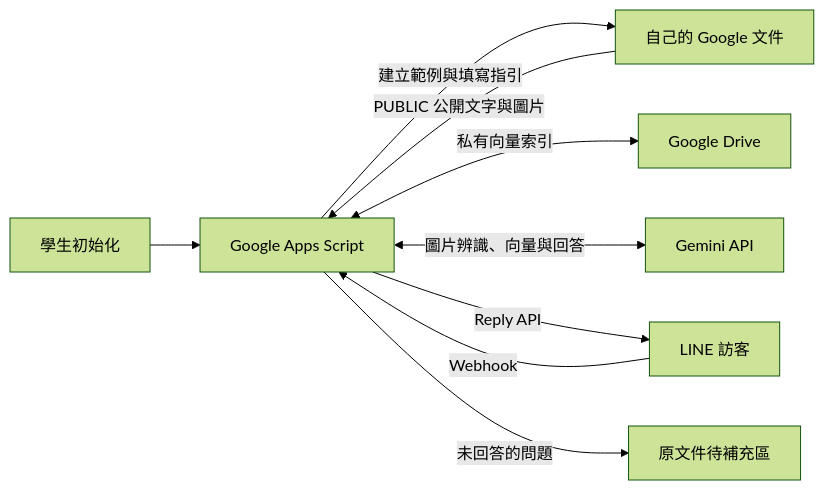
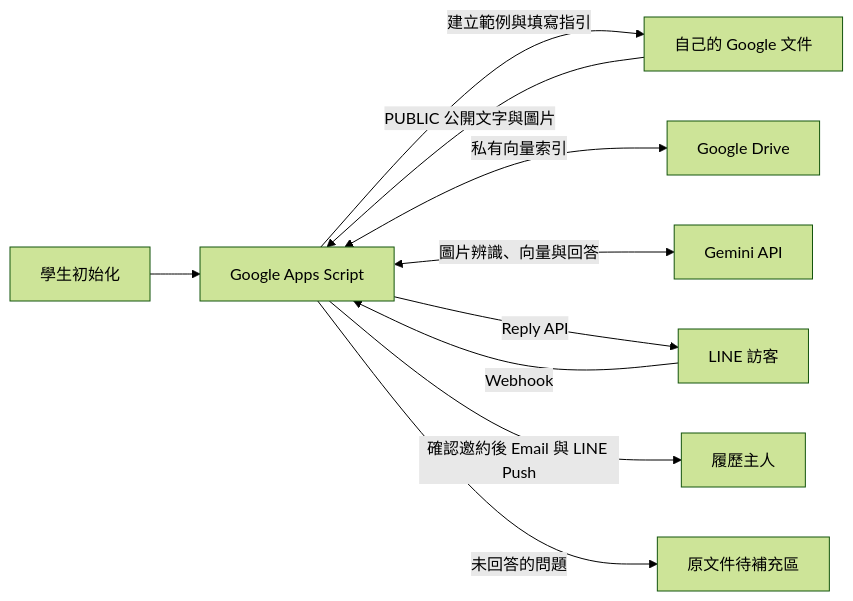
One commit to canlgz/ResumeRAGbot changed the diagram in README.md. Above: the diagram before and after it, drawn with Mermaid (forest theme). The commit also changed other lines of this file and 44 other files, not shown here.

````diff
--- a/README.md
+++ b/README.md
@@ -50,11 +57,12 @@
 ```mermaid
 flowchart LR
     Student[學生初始化] --> GAS[Google Apps Script]
     GAS -->|建立範例與填寫指引| Doc[自己的 Google 文件]
     Doc -->|PUBLIC 公開文字與圖片| GAS
     GAS <-->|私有向量索引| Drive[Google Drive]
     LINE[LINE 訪客] -->|Webhook| GAS
     GAS <-->|圖片辨識、向量與回答| Gemini[Gemini API]
     GAS -->|Reply API| LINE
+    GAS -->|確認邀約後 Email 與 LINE Push| Owner[履歷主人]
     GAS -->|未回答的問題| Pending[原文件待補充區]
 ```
````
